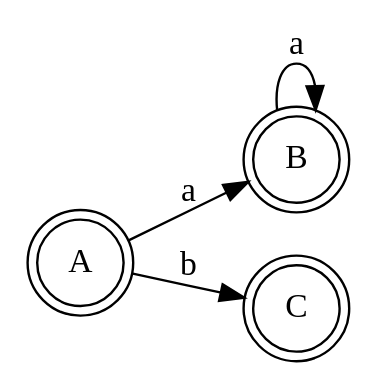
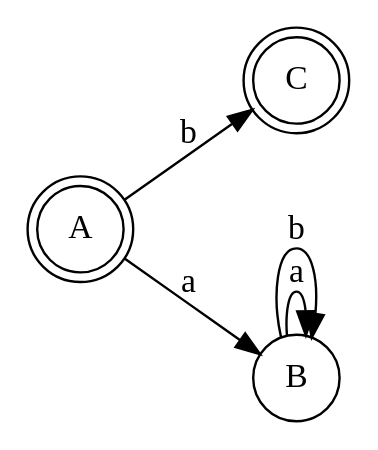
Before and after one commit to josepablito16/Regex-Engine: the diagram in Entrega final/NFD_Actual.gv, drawn with Graphviz. The commit also changed 8 other files, not shown here.

```diff
--- a/Entrega final/NFD_Actual.gv
+++ b/Entrega final/NFD_Actual.gv
@@ -1,11 +1,11 @@
 digraph finite_state_machine {
 	rankdir=LR size="8,5"
 	node [shape=doublecircle]
 	A
-	B
 	C
 	node [shape=circle]
 	A -> B [label=a]
 	A -> C [label=b]
 	B -> B [label=a]
+	B -> B [label=b]
 }
```
